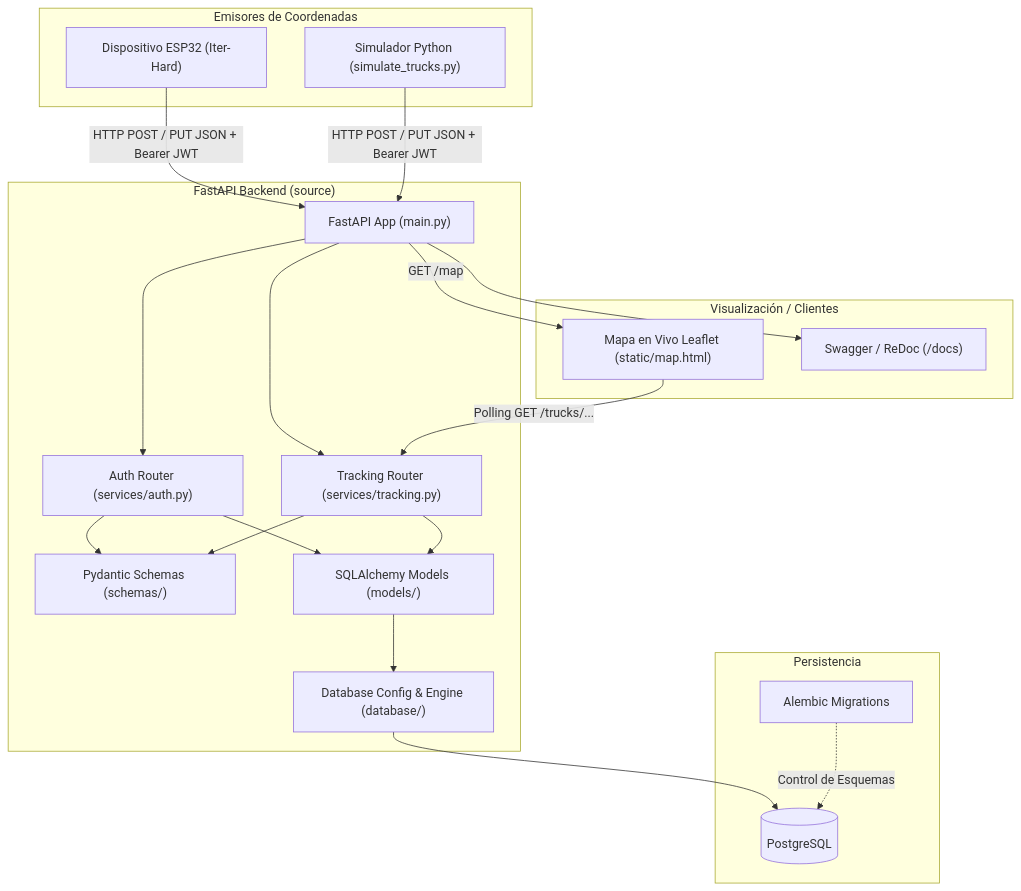
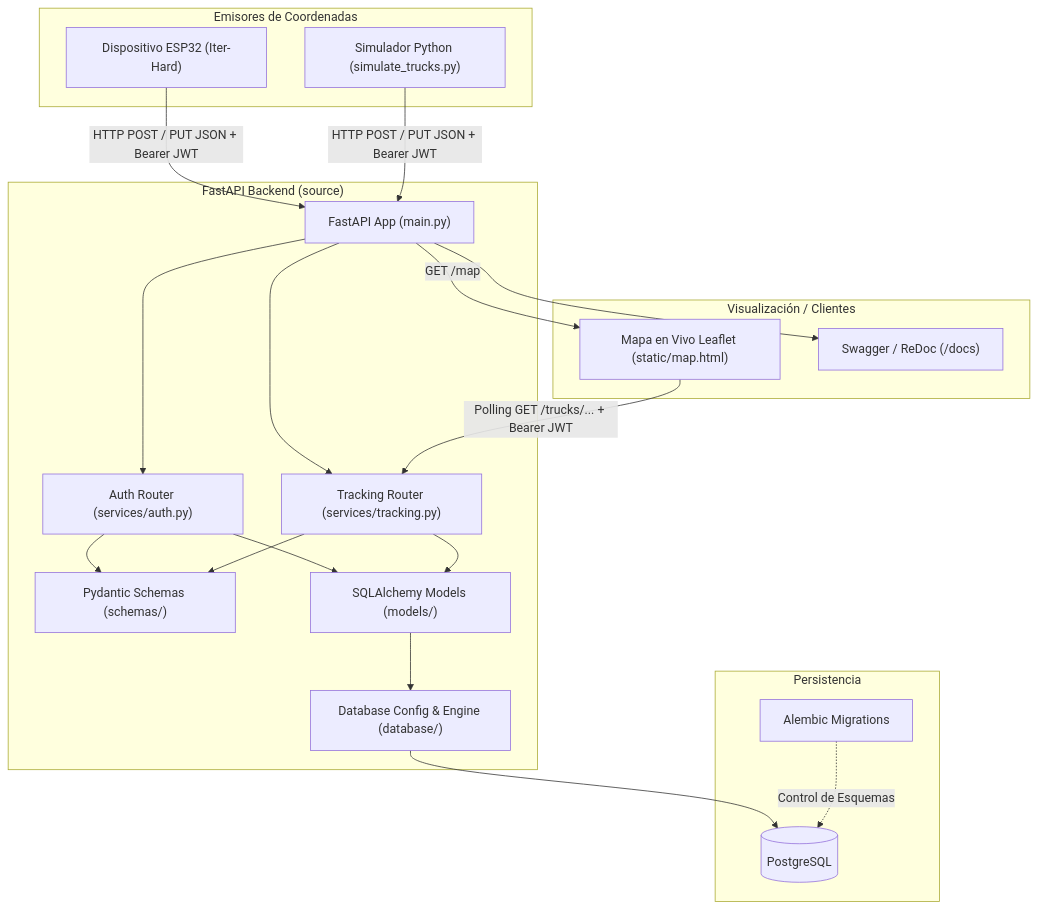
The diagram in README.md (octa-afk/IterTrack), drawn with Mermaid before and after one commit. The commit also changed other lines of this file and 4 other files, not shown here.

````diff
--- a/README.md
+++ b/README.md
@@ -43,41 +43,41 @@
 ```mermaid
 flowchart TD
     subgraph Emisores["Emisores de Coordenadas"]
         HW["Dispositivo ESP32 (Iter-Hard)"]
         SIM["Simulador Python (simulate_trucks.py)"]
     end
 
     subgraph Backend["FastAPI Backend (source)"]
         API["FastAPI App (main.py)"]
         Router["Tracking Router (services/tracking.py)"]
         Auth["Auth Router (services/auth.py)"]
         Schemas["Pydantic Schemas (schemas/)"]
         ORM["SQLAlchemy Models (models/)"]
         DBCfg["Database Config & Engine (database/)"]
     end
 
     subgraph Storage["Persistencia"]
         PG[("PostgreSQL")]
         AL["Alembic Migrations"]
     end
 
     subgraph Clientes["Visualización / Clientes"]
         MAP["Mapa en Vivo Leaflet (static/map.html)"]
         DOCS["Swagger / ReDoc (/docs)"]
     end
 
     HW -->|HTTP POST / PUT JSON + Bearer JWT| API
     SIM -->|HTTP POST / PUT JSON + Bearer JWT| API
     API --> Router
     API --> Auth
     Auth --> Schemas
     Auth --> ORM
     Router --> Schemas
     Router --> ORM
     ORM --> DBCfg
     DBCfg --> PG
     AL -.->|Control de Esquemas| PG
     API -->|GET /map| MAP
-    MAP -->|Polling GET /trucks/...| Router
+    MAP -->|Polling GET /trucks/... + Bearer JWT| Router
     API --> DOCS
 ```
````
